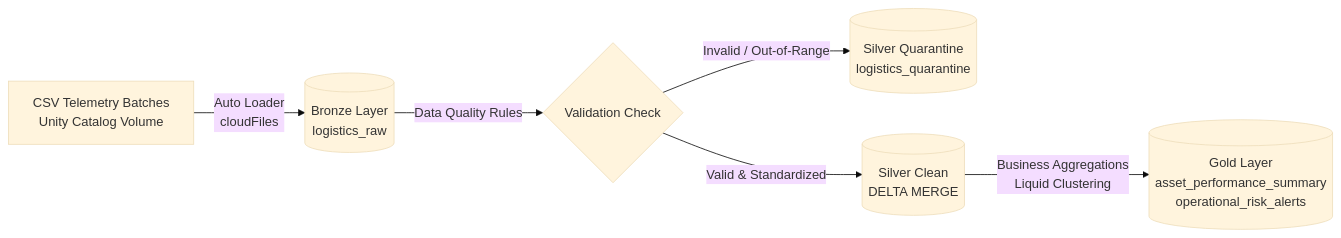
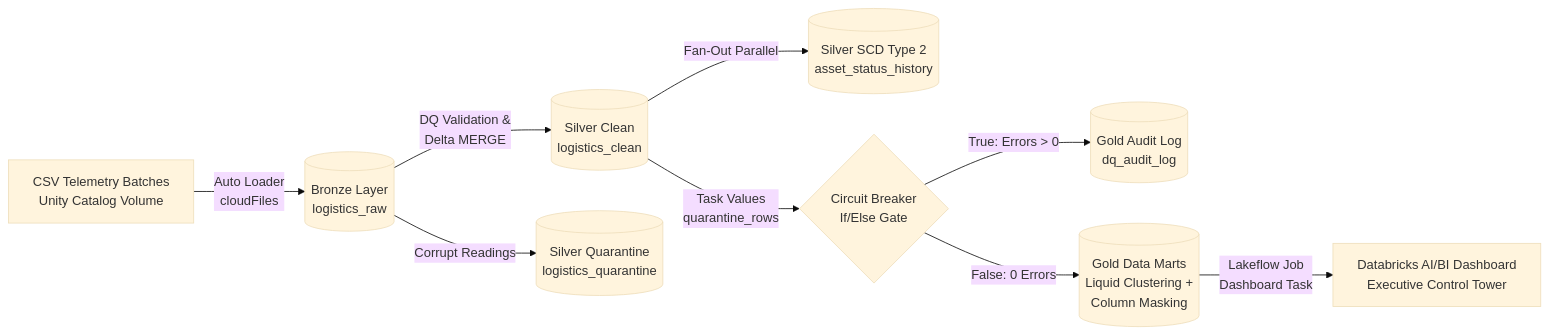
Before and after one commit to Luis15CR/databricks-smart-logistics-lakehouse: the diagram in README.md, drawn with Mermaid (base theme). The commit also changed other lines of this file, not shown here.

````diff
--- a/README.md
+++ b/README.md
@@ -9,8 +9,11 @@
 ```mermaid
 flowchart LR
     A[CSV Telemetry Batches<br/>Unity Catalog Volume] -->|Auto Loader<br/>cloudFiles| B[(Bronze Layer<br/>logistics_raw)]
-    B -->|Data Quality Rules| C{Validation Check}
-    C -->|Invalid / Out-of-Range| D[(Silver Quarantine<br/>logistics_quarantine)]
-    C -->|Valid & Standardized| E[(Silver Clean<br/>DELTA MERGE)]
-    E -->|Business Aggregations<br/>Liquid Clustering| F[(Gold Layer<br/>asset_performance_summary<br/>operational_risk_alerts)]
+    B -->|DQ Validation &<br/>Delta MERGE| C[(Silver Clean<br/>logistics_clean)]
+    B -->|Corrupt Readings| D[(Silver Quarantine<br/>logistics_quarantine)]
+    C -->|Fan-Out Parallel| E[(Silver SCD Type 2<br/>asset_status_history)]
+    C -->|Task Values<br/>quarantine_rows| F{Circuit Breaker<br/>If/Else Gate}
+    F -->|True: Errors > 0| G[(Gold Audit Log<br/>dq_audit_log)]
+    F -->|False: 0 Errors| H[(Gold Data Marts<br/>Liquid Clustering +<br/>Column Masking)]
+    H -->|Lakeflow Job<br/>Dashboard Task| I[Databricks AI/BI Dashboard<br/>Executive Control Tower]
 ```
````
